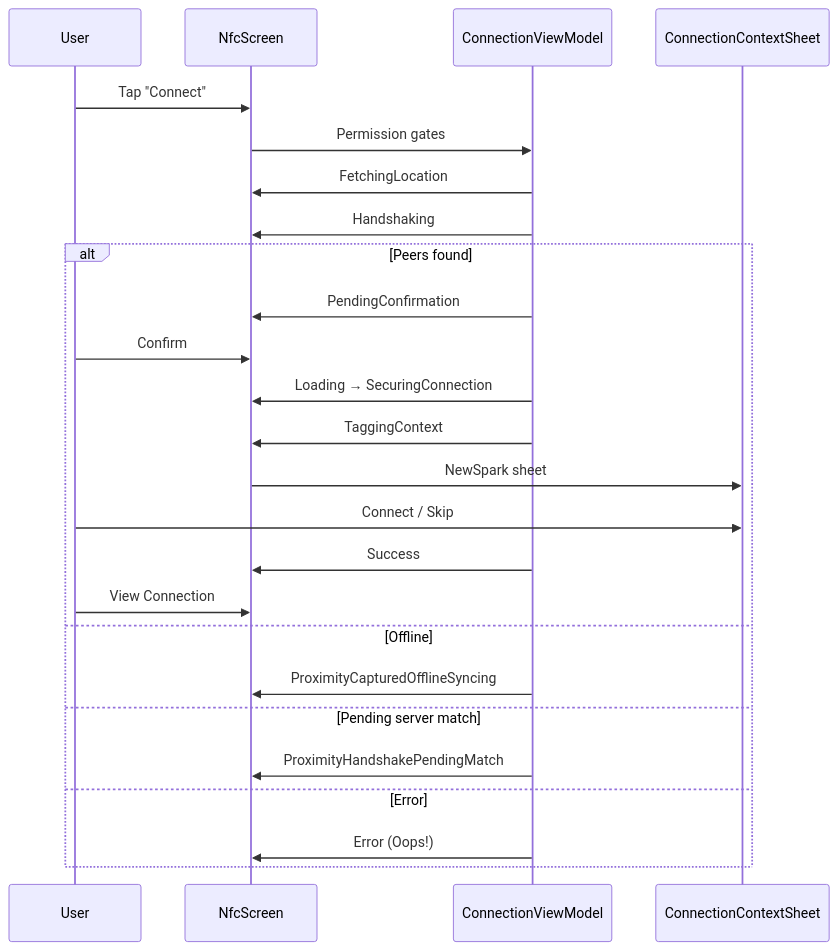
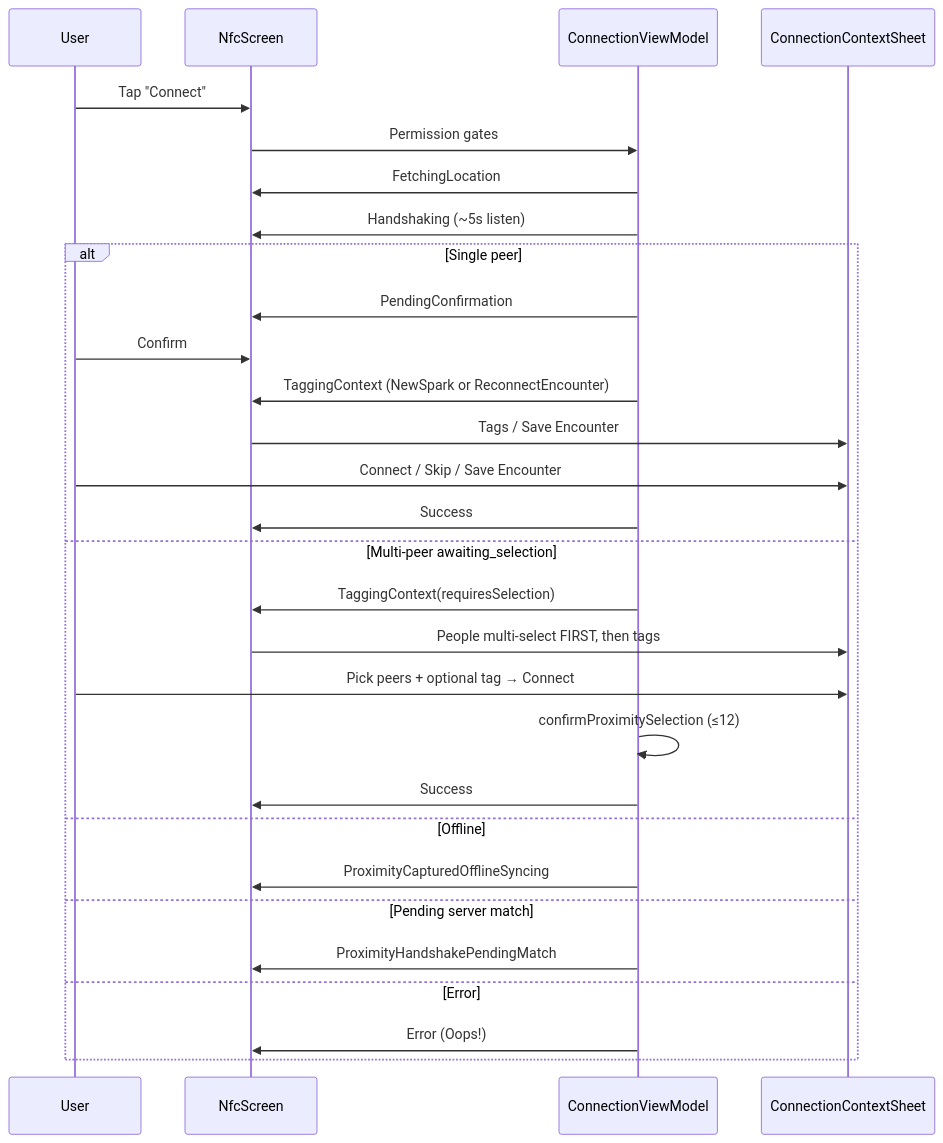
Before and after one commit to lightningbolts/click: the second of 3 diagrams in docs/ui-ux/mobile/06-connect-handshake.md, drawn with Mermaid. The commit also changed other lines of this file and 26 other files, not shown here.

First line of the commit message:
Fix Bluetooth handshake host multi-select, reconnect dedupe, and at_event gating.

````diff
--- a/docs/ui-ux/mobile/06-connect-handshake.md
+++ b/docs/ui-ux/mobile/06-connect-handshake.md
@@ -418,28 +436,32 @@
 ```mermaid
 sequenceDiagram
     participant User
     participant Nfc as NfcScreen
     participant VM as ConnectionViewModel
     participant Ctx as ConnectionContextSheet
 
     User->>Nfc: Tap "Connect"
     Nfc->>VM: Permission gates
     VM->>Nfc: FetchingLocation
-    VM->>Nfc: Handshaking
-  alt Peers found
+    VM->>Nfc: Handshaking (~5s listen)
+  alt Single peer
         VM->>Nfc: PendingConfirmation
         User->>Nfc: Confirm
-        VM->>Nfc: Loading → SecuringConnection
-        VM->>Nfc: TaggingContext
-        Nfc->>Ctx: NewSpark sheet
-        User->>Ctx: Connect / Skip
+        VM->>Nfc: TaggingContext (NewSpark or ReconnectEncounter)
+        Nfc->>Ctx: Tags / Save Encounter
+        User->>Ctx: Connect / Skip / Save Encounter
         VM->>Nfc: Success
-        User->>Nfc: View Connection
+    else Multi-peer awaiting_selection
+        VM->>Nfc: TaggingContext(requiresSelection)
+        Nfc->>Ctx: People multi-select FIRST, then tags
+        User->>Ctx: Pick peers + optional tag → Connect
+        VM->>VM: confirmProximitySelection (≤12)
+        VM->>Nfc: Success
     else Offline
         VM->>Nfc: ProximityCapturedOfflineSyncing
     else Pending server match
         VM->>Nfc: ProximityHandshakePendingMatch
     else Error
         VM->>Nfc: Error (Oops!)
     end
 ```
````
